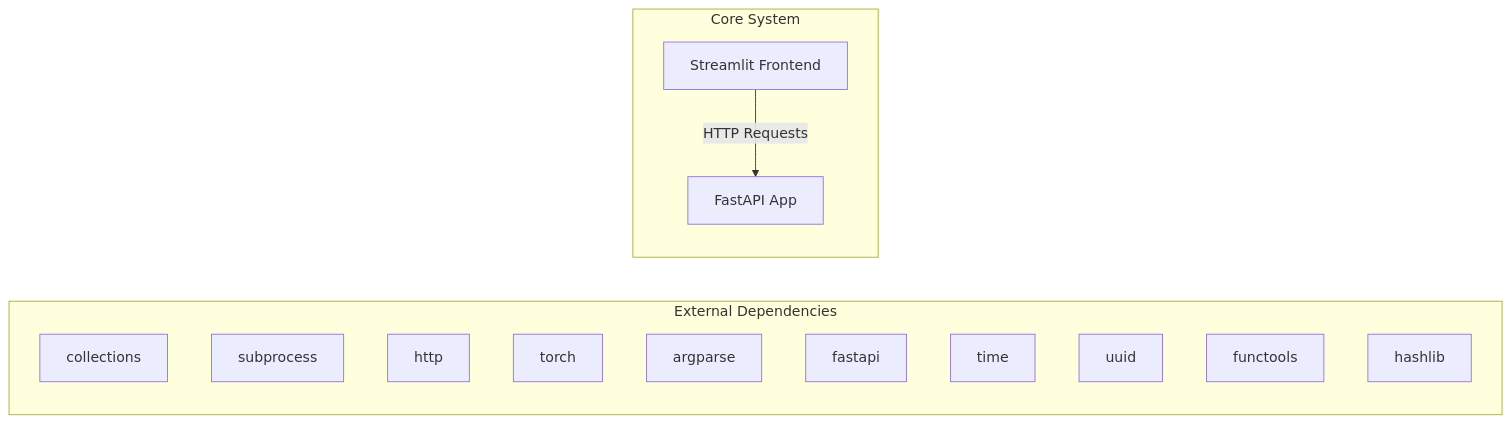
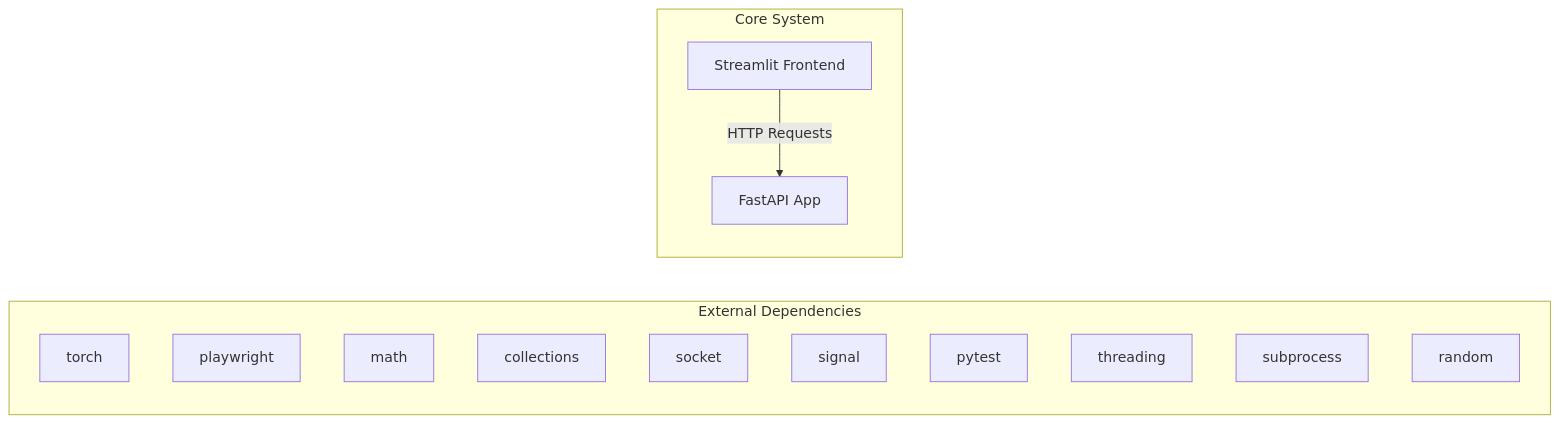
Before and after one commit to NITISH-R-G/rag-context-optimizer: the first of 2 diagrams in docs/architecture.md, drawn with Mermaid. The commit also changed 1 other file, not shown here.

Commit message:
docs: auto-update repository knowledge, architecture diagrams, and documentation

````diff
--- a/docs/architecture.md
+++ b/docs/architecture.md
@@ -7,20 +7,20 @@
 ```mermaid
 graph LR
     subgraph External Dependencies
-        E0["collections"]
-        E1["subprocess"]
-        E2["http"]
-        E3["torch"]
-        E4["argparse"]
-        E5["fastapi"]
-        E6["time"]
-        E7["uuid"]
-        E8["functools"]
-        E9["hashlib"]
+        E0["torch"]
+        E1["playwright"]
+        E2["math"]
+        E3["collections"]
+        E4["socket"]
+        E5["signal"]
+        E6["pytest"]
+        E7["threading"]
+        E8["subprocess"]
+        E9["random"]
     end
     subgraph Core System
         API["FastAPI App"]
         UI["Streamlit Frontend"]
     end
     UI -->|HTTP Requests| API
 ```
````
